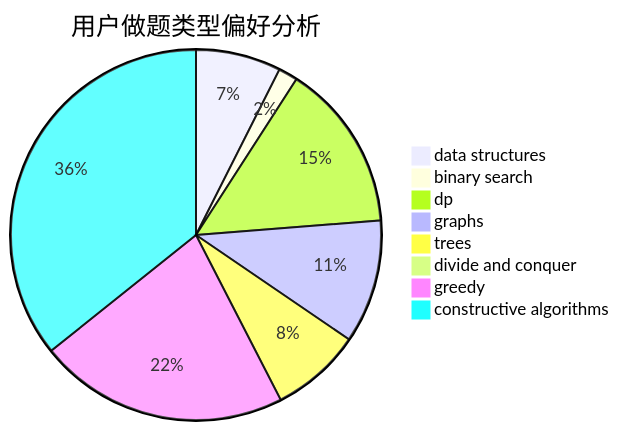
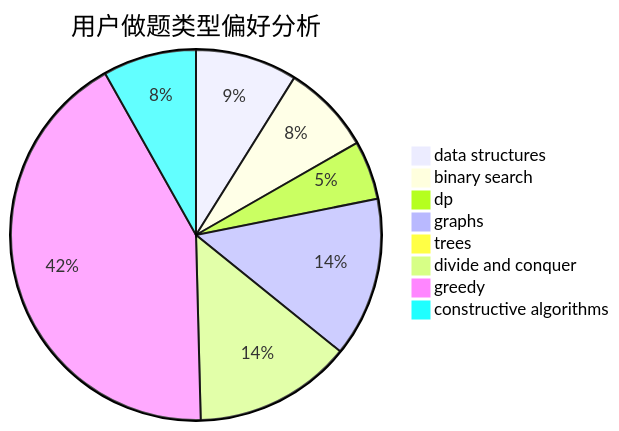
Before and after one commit to sherpahu/cfrs.github.io: the second of 3 diagrams in docs/user/u486.md, drawn with Mermaid. The commit also changed other lines of this file and 2770 other files, not shown here.

````diff
--- a/docs/user/u486.md
+++ b/docs/user/u486.md
@@ -23,11 +23,11 @@
 ```mermaid
 pie title 用户做题类型偏好分析
-    "data structures" :  31
-    "binary search" :  7
-    "dp" :  61
-    "graphs" :  45
-    "trees" :  33
-    "divide and conquer" :  0
-    "greedy" :  91
-    "constructive algorithms" :  149
+    "data structures" :  109
+    "binary search" :  96
+    "dp" :  63
+    "graphs" :  171
+    "trees" :  8
+    "divide and conquer" :  169
+    "greedy" :  518
+    "constructive algorithms" :  100
 ```
````
